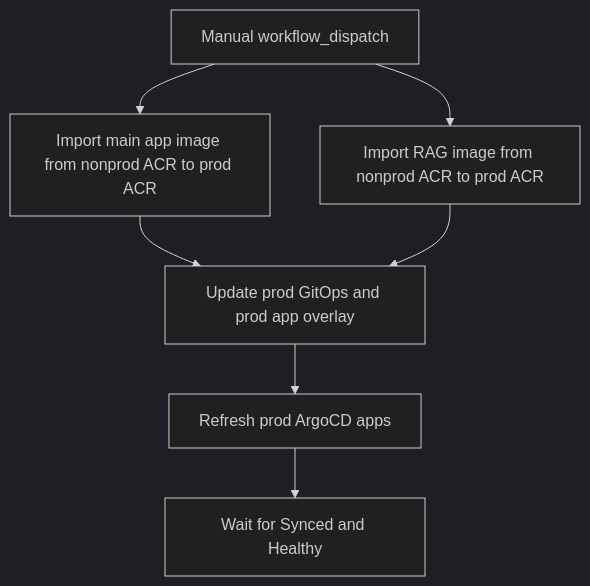
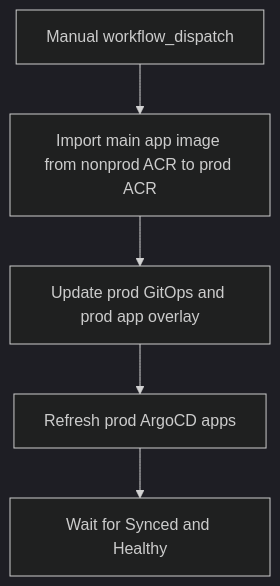
One commit to Falenos/LibreChat changed the tenth of 10 diagrams in knauf/docs/reference/agentic-karl-architecture.md. Above: the diagram before and after it, drawn with Mermaid (dark theme). The commit also changed other lines of this file and 8 other files, not shown here.

Commit message:
docs: define dual-backend agent retrieval architecture

````diff
--- a/knauf/docs/reference/agentic-karl-architecture.md
+++ b/knauf/docs/reference/agentic-karl-architecture.md
@@ -828,15 +855,12 @@
 ```mermaid
 flowchart TB
   manual["Manual workflow_dispatch"]
   importApp["Import main app image from nonprod ACR to prod ACR"]
-  importRag["Import RAG image from nonprod ACR to prod ACR"]
   updateGitOps["Update prod GitOps and prod app overlay"]
   refresh["Refresh prod ArgoCD apps"]
   wait["Wait for Synced and Healthy"]
 
   manual --> importApp
-  manual --> importRag
   importApp --> updateGitOps
-  importRag --> updateGitOps
   updateGitOps --> refresh --> wait
 ```
````
